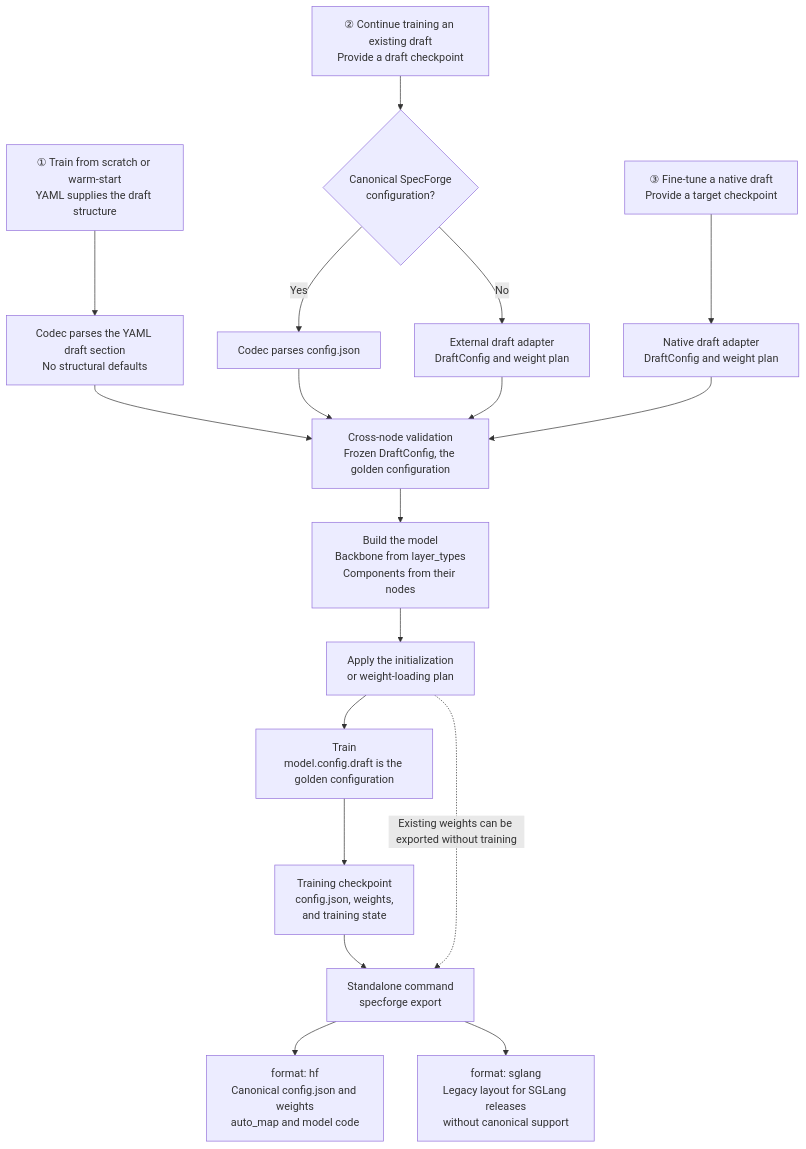
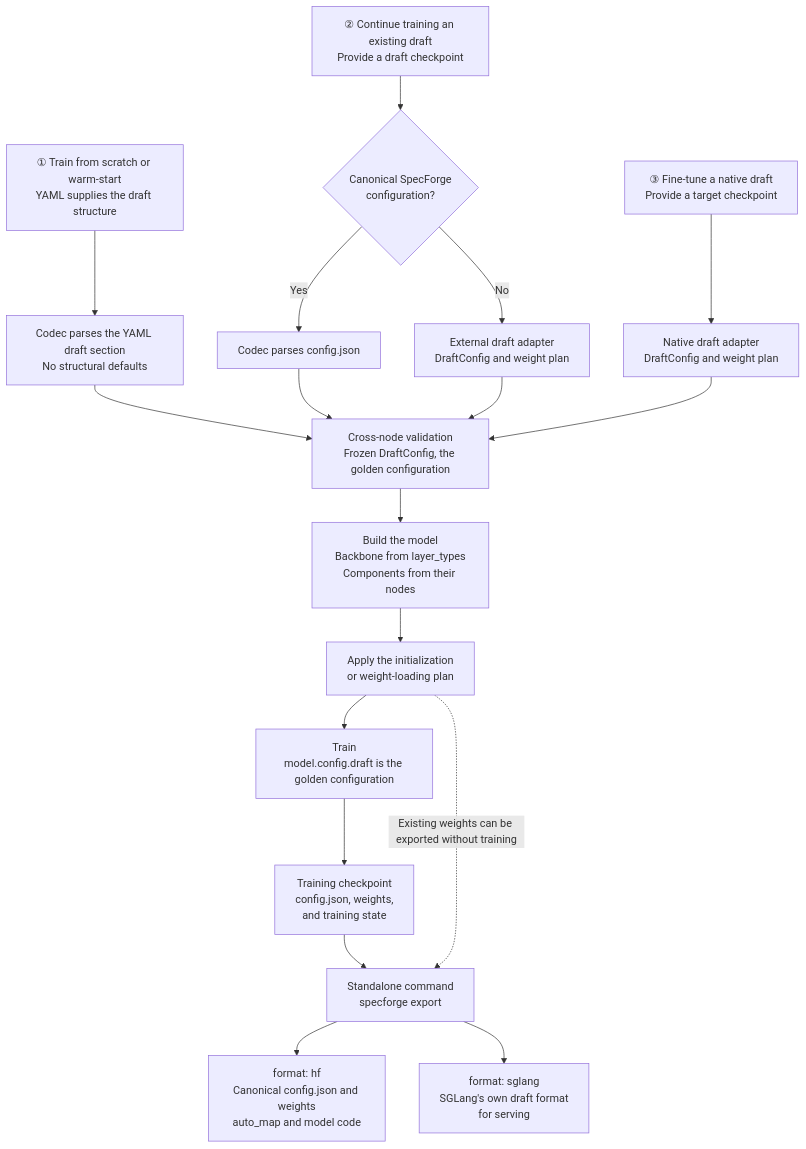
One commit to sgl-project/SpecForge changed the first of 2 diagrams in docs/config_usage_graph-eng.md. Above: the diagram before and after it, drawn with Mermaid. The commit also changed other lines of this file and 2 other files, not shown here.

First line of the commit message:
docs: copy-only target reuse, decouple SGLang via exported artifact

````diff
--- a/docs/config_usage_graph-eng.md
+++ b/docs/config_usage_graph-eng.md
@@ -16,27 +16,27 @@
 ```mermaid
 flowchart TB
     A["① Train from scratch or warm-start<br/>YAML supplies the draft structure"]
     B["② Continue training an existing draft<br/>Provide a draft checkpoint"]
     C["③ Fine-tune a native draft<br/>Provide a target checkpoint"]
 
     A --> A1["Codec parses the YAML draft section<br/>No structural defaults"]
     B --> B1{"Canonical SpecForge<br/>configuration?"}
     B1 -->|Yes| B2["Codec parses config.json"]
     B1 -->|No| B3["External draft adapter<br/>DraftConfig and weight plan"]
     C --> C1["Native draft adapter<br/>DraftConfig and weight plan"]
 
     A1 --> D["Cross-node validation<br/>Frozen DraftConfig, the golden configuration"]
     B2 --> D
     B3 --> D
     C1 --> D
 
     D --> E["Build the model<br/>Backbone from layer_types<br/>Components from their nodes"]
     E --> F["Apply the initialization<br/>or weight-loading plan"]
     F --> G["Train<br/>model.config.draft is the golden configuration"]
     G --> H["Training checkpoint<br/>config.json, weights,<br/>and training state"]
 
     H --> I["Standalone command<br/>specforge export"]
     F -. "Existing weights can be exported without training" .-> I
     I --> J["format: hf<br/>Canonical config.json and weights<br/>auto_map and model code"]
-    I --> K["format: sglang<br/>Legacy layout for SGLang releases<br/>without canonical support"]
+    I --> K["format: sglang<br/>SGLang's own draft format<br/>for serving"]
 ```
````
